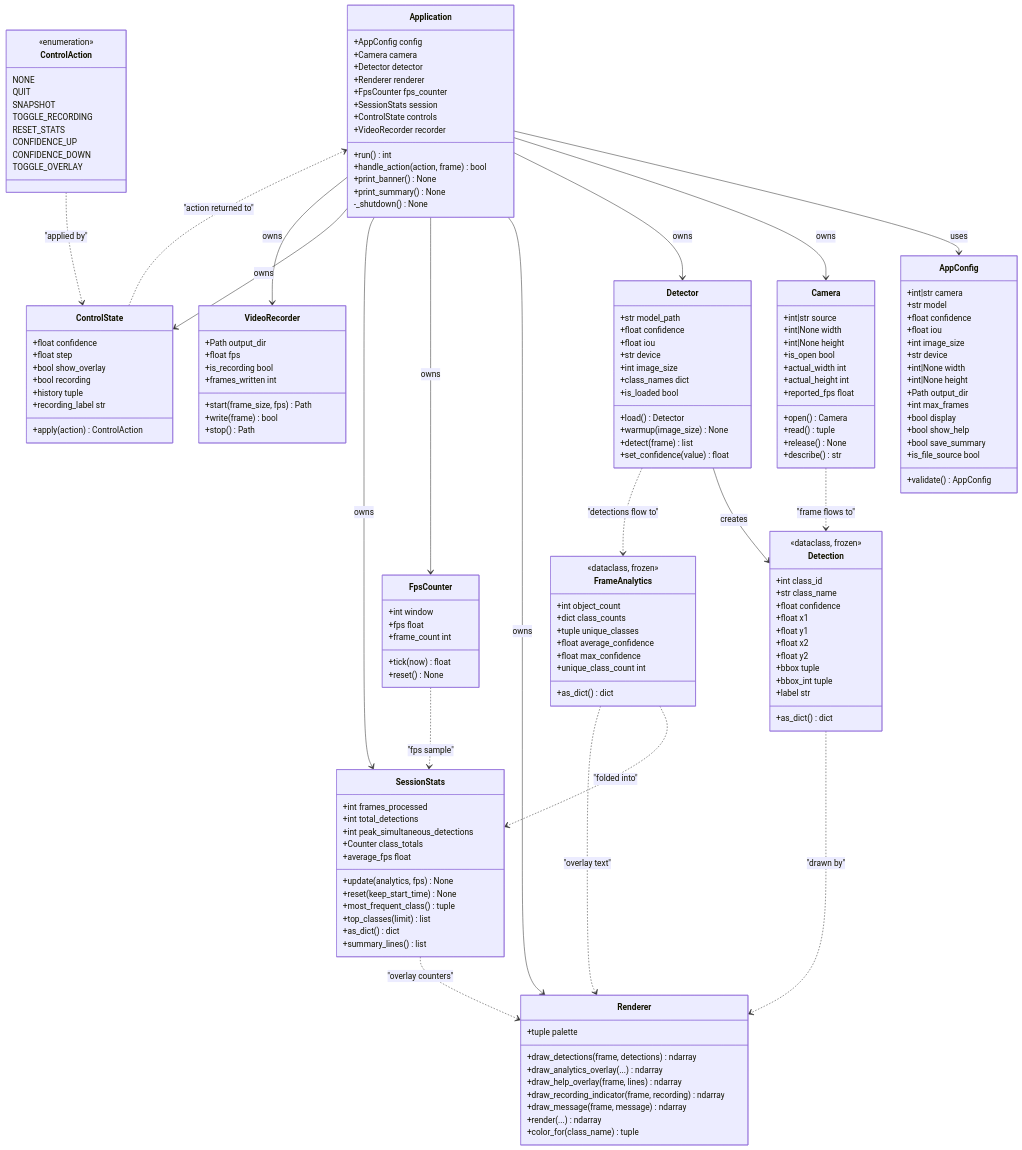
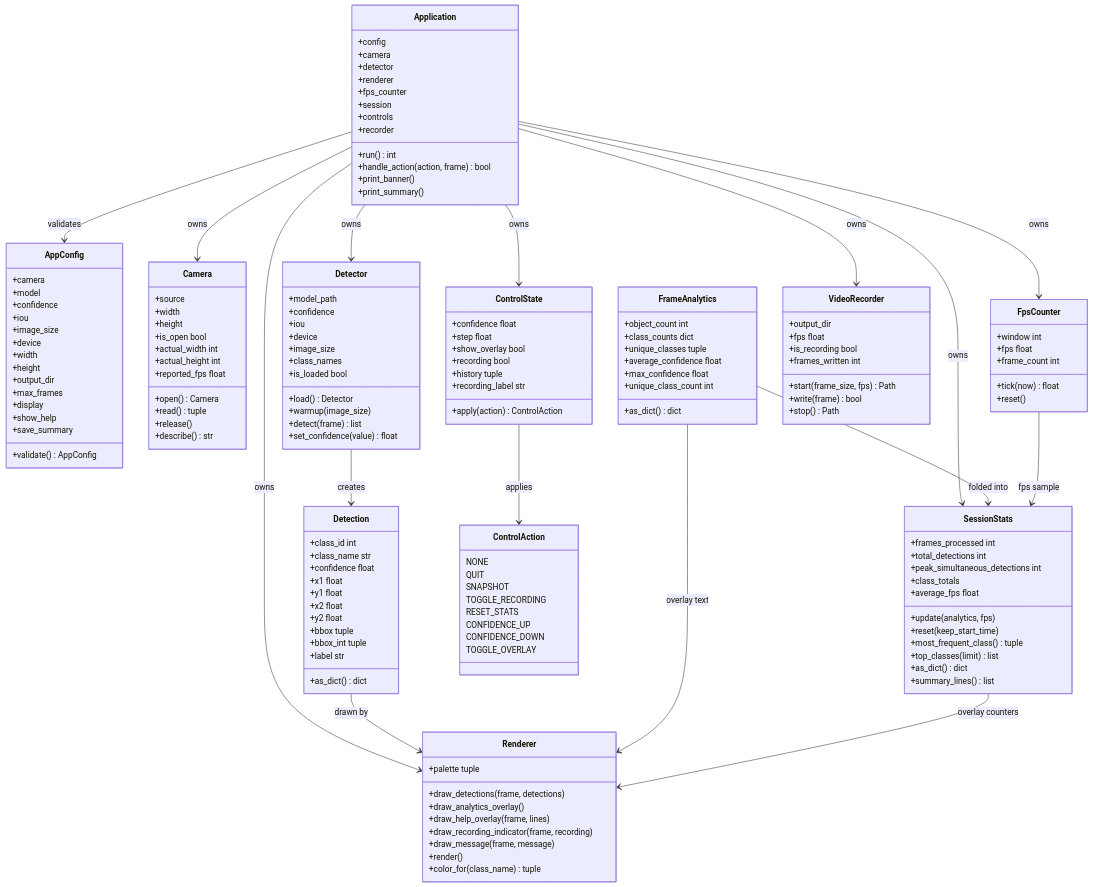
One commit to Abhijai10/real-time-object-detection-yolo11 changed the diagram in docs/diagrams/component.mmd. Above: the diagram before and after it, drawn with Mermaid. The commit also changed 6 other files, not shown here.

First line of the commit message:
Make the program name adaptive, and harden the Mermaid diagrams

```diff
--- a/docs/diagrams/component.mmd
+++ b/docs/diagrams/component.mmd
@@ -1,175 +1,165 @@
 classDiagram
-    direction TB
-
     class Application {
-        +AppConfig config
-        +Camera camera
-        +Detector detector
-        +Renderer renderer
-        +FpsCounter fps_counter
-        +SessionStats session
-        +ControlState controls
-        +VideoRecorder recorder
+        +config
+        +camera
+        +detector
+        +renderer
+        +fps_counter
+        +session
+        +controls
+        +recorder
         +run() int
         +handle_action(action, frame) bool
-        +print_banner() None
-        +print_summary() None
-        -_shutdown() None
+        +print_banner()
+        +print_summary()
     }
 
     class AppConfig {
-        +int|str camera
-        +str model
-        +float confidence
-        +float iou
-        +int image_size
-        +str device
-        +int|None width
-        +int|None height
-        +Path output_dir
-        +int max_frames
-        +bool display
-        +bool show_help
-        +bool save_summary
+        +camera
+        +model
+        +confidence
+        +iou
+        +image_size
+        +device
+        +width
+        +height
+        +output_dir
+        +max_frames
+        +display
+        +show_help
+        +save_summary
         +validate() AppConfig
-        +is_file_source bool
     }
 
     class Camera {
-        +int|str source
-        +int|None width
-        +int|None height
+        +source
+        +width
+        +height
         +open() Camera
         +read() tuple
-        +release() None
+        +release()
         +describe() str
         +is_open bool
         +actual_width int
         +actual_height int
         +reported_fps float
     }
 
     class Detector {
-        +str model_path
-        +float confidence
-        +float iou
-        +str device
-        +int image_size
+        +model_path
+        +confidence
+        +iou
+        +device
+        +image_size
         +load() Detector
-        +warmup(image_size) None
+        +warmup(image_size)
         +detect(frame) list
         +set_confidence(value) float
-        +class_names dict
+        +class_names
         +is_loaded bool
     }
 
     class Detection {
-        <<dataclass, frozen>>
-        +int class_id
-        +str class_name
-        +float confidence
-        +float x1
-        +float y1
-        +float x2
-        +float y2
+        +class_id int
+        +class_name str
+        +confidence float
+        +x1 float
+        +y1 float
+        +x2 float
+        +y2 float
         +bbox tuple
         +bbox_int tuple
         +label str
         +as_dict() dict
     }
 
     class FpsCounter {
-        +int window
+        +window int
         +tick(now) float
         +fps float
         +frame_count int
-        +reset() None
+        +reset()
     }
 
     class FrameAnalytics {
-        <<dataclass, frozen>>
-        +int object_count
-        +dict class_counts
-        +tuple unique_classes
-        +float average_confidence
-        +float max_confidence
+        +object_count int
+        +class_counts dict
+        +unique_classes tuple
+        +average_confidence float
+        +max_confidence float
         +unique_class_count int
         +as_dict() dict
     }
 
     class SessionStats {
-        +int frames_processed
-        +int total_detections
-        +int peak_simultaneous_detections
-        +Counter class_totals
-        +update(analytics, fps) None
-        +reset(keep_start_time) None
+        +frames_processed int
+        +total_detections int
+        +peak_simultaneous_detections int
+        +class_totals
+        +update(analytics, fps)
+        +reset(keep_start_time)
         +most_frequent_class() tuple
         +top_classes(limit) list
         +as_dict() dict
         +summary_lines() list
         +average_fps float
     }
 
     class ControlState {
-        +float confidence
-        +float step
-        +bool show_overlay
-        +bool recording
+        +confidence float
+        +step float
+        +show_overlay bool
+        +recording bool
         +apply(action) ControlAction
         +history tuple
         +recording_label str
     }
 
     class ControlAction {
-        <<enumeration>>
         NONE
         QUIT
         SNAPSHOT
         TOGGLE_RECORDING
         RESET_STATS
         CONFIDENCE_UP
         CONFIDENCE_DOWN
         TOGGLE_OVERLAY
     }
 
     class Renderer {
-        +tuple palette
-        +draw_detections(frame, detections) ndarray
-        +draw_analytics_overlay(...) ndarray
-        +draw_help_overlay(frame, lines) ndarray
-        +draw_recording_indicator(frame, recording) ndarray
-        +draw_message(frame, message) ndarray
-        +render(...) ndarray
+        +palette tuple
+        +draw_detections(frame, detections)
+        +draw_analytics_overlay()
+        +draw_help_overlay(frame, lines)
+        +draw_recording_indicator(frame, recording)
+        +draw_message(frame, message)
+        +render()
         +color_for(class_name) tuple
     }
 
     class VideoRecorder {
-        +Path output_dir
-        +float fps
+        +output_dir
+        +fps float
         +start(frame_size, fps) Path
         +write(frame) bool
         +stop() Path
         +is_recording bool
         +frames_written int
     }
 
-    Application --> AppConfig : uses
+    Application --> AppConfig : validates
     Application --> Camera : owns
     Application --> Detector : owns
     Application --> Renderer : owns
     Application --> FpsCounter : owns
     Application --> SessionStats : owns
     Application --> ControlState : owns
     Application --> VideoRecorder : owns
 
-    Camera ..> Detection : "frame flows to"
     Detector --> Detection : creates
-    Detector ..> FrameAnalytics : "detections flow to"
-    FrameAnalytics ..> SessionStats : "folded into"
-    FpsCounter ..> SessionStats : "fps sample"
-    ControlAction ..> ControlState : "applied by"
-    ControlState ..> Application : "action returned to"
-    Detection ..> Renderer : "drawn by"
-    FrameAnalytics ..> Renderer : "overlay text"
-    SessionStats ..> Renderer : "overlay counters"
+    ControlState --> ControlAction : applies
+    FrameAnalytics --> SessionStats : folded into
+    FpsCounter --> SessionStats : fps sample
+    Detection --> Renderer : drawn by
+    FrameAnalytics --> Renderer : overlay text
+    SessionStats --> Renderer : overlay counters
```
